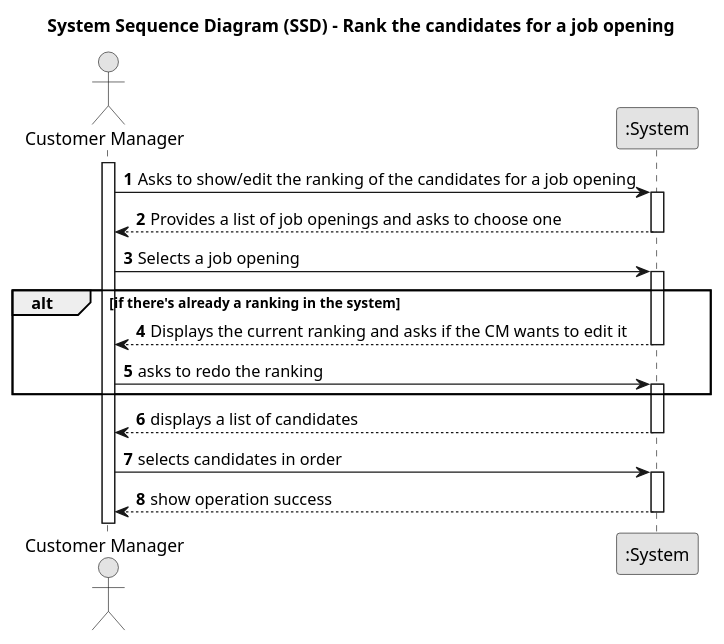
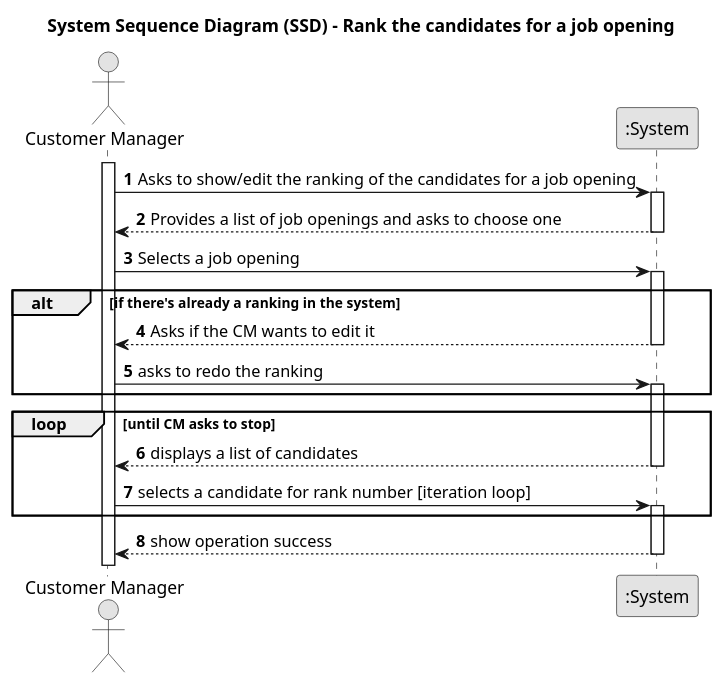
Before and after one commit to PureNimble/ISEP-LAPR4: the diagram in docs/sprintc/us_1013/01.requirements-engineering/puml/SSD-US1013.puml, drawn with PlantUML.

Commit message:
ref #89 US-1013 Engineering Requirements
- Revised SSD

```diff
--- a/docs/sprintc/us_1013/01.requirements-engineering/puml/SSD-US1013.puml
+++ b/docs/sprintc/us_1013/01.requirements-engineering/puml/SSD-US1013.puml
@@ -1,37 +1,39 @@
 @startuml
 skinparam monochrome true
 skinparam packageStyle rectangle
 skinparam shadowing false
 
 title System Sequence Diagram (SSD) - Rank the candidates for a job opening
 
 autonumber
 
 actor "Customer Manager" as Manager
 participant ":System" as System
 
 activate Manager
 
     Manager -> System : Asks to show/edit the ranking of the candidates for a job opening
     activate System
 
         System --> Manager : Provides a list of job openings and asks to choose one
 
     deactivate System
 
     Manager -> System : Selects a job opening
     activate System
     alt if there's already a ranking in the system
-        System --> Manager : Displays the current ranking and asks if the CM wants to edit it
+        System --> Manager : Asks if the CM wants to edit it
     deactivate System
     Manager -> System : asks to redo the ranking
     activate System
     end alt
+    loop until CM asks to stop
         System --> Manager : displays a list of candidates
     deactivate System
-    Manager -> System : selects candidates in order
+    Manager -> System : selects a candidate for rank number [iteration loop]
     activate System
+    end loop
         System --> Manager : show operation success
     deactivate System
 
 @enduml
```
